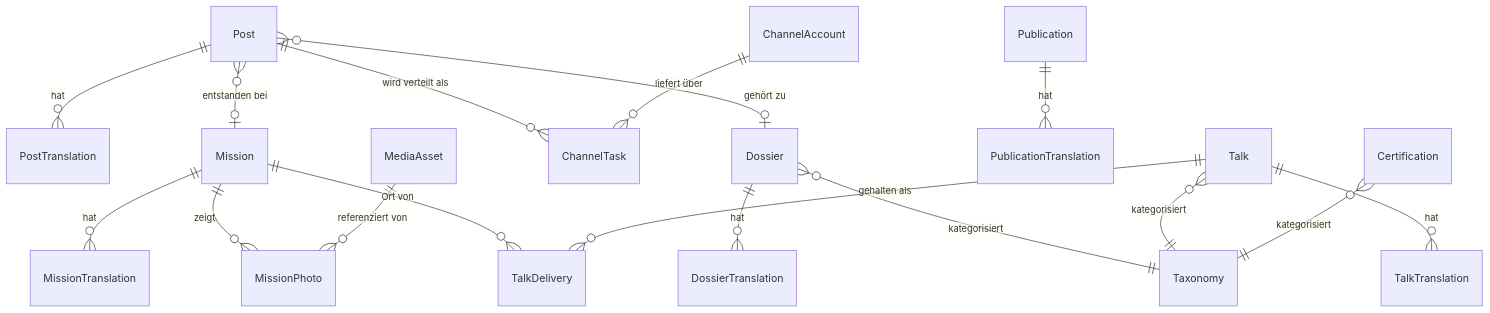
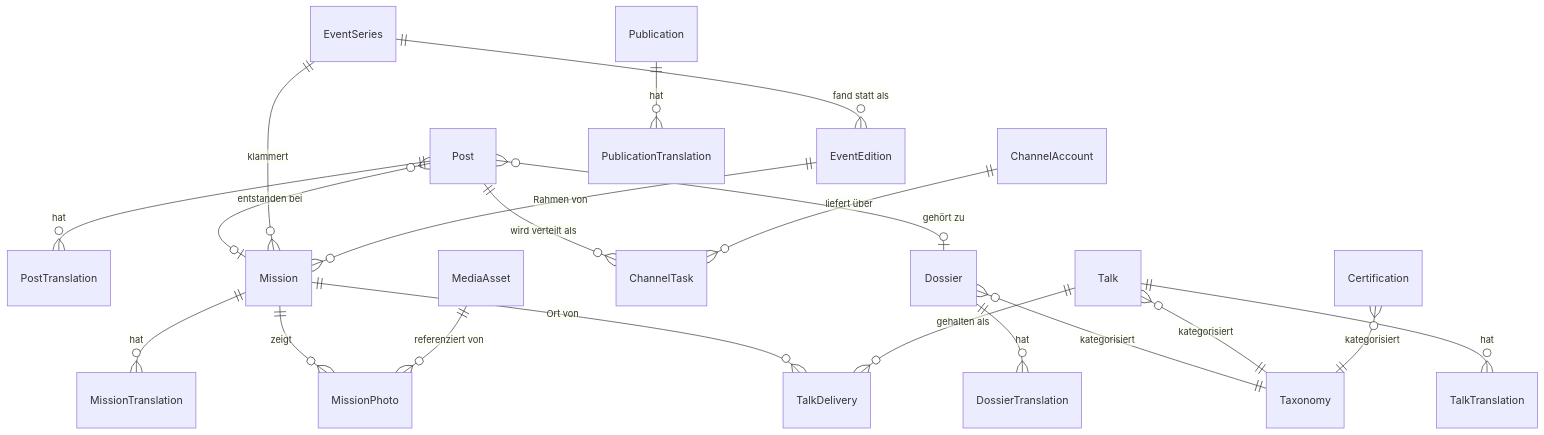
The second of 4 diagrams in docs/SPEC.md (nicolenders/die-agentin), drawn with Mermaid before and after one commit. The commit also changed other lines of this file and 25 other files, not shown here.

````diff
--- a/docs/SPEC.md
+++ b/docs/SPEC.md
@@ -84,19 +84,22 @@
 ```mermaid
 erDiagram
   Post ||--o{ PostTranslation : hat
   Post }o--o| Mission : "entstanden bei"
   Post }o--o| Dossier : "gehört zu"
   Post ||--o{ ChannelTask : "wird verteilt als"
   Dossier ||--o{ DossierTranslation : hat
   Dossier }o--|| Taxonomy : kategorisiert
+  EventSeries ||--o{ EventEdition : "fand statt als"
+  EventSeries ||--o{ Mission : "klammert"
+  EventEdition ||--o{ Mission : "Rahmen von"
   Mission ||--o{ MissionTranslation : hat
   Mission ||--o{ MissionPhoto : zeigt
   Mission ||--o{ TalkDelivery : "Ort von"
   Talk ||--o{ TalkTranslation : hat
   Talk ||--o{ TalkDelivery : "gehalten als"
   Talk }o--|| Taxonomy : kategorisiert
   Publication ||--o{ PublicationTranslation : hat
   Certification }o--|| Taxonomy : kategorisiert
   MediaAsset ||--o{ MissionPhoto : "referenziert von"
   ChannelAccount ||--o{ ChannelTask : "liefert über"
 ```
````
